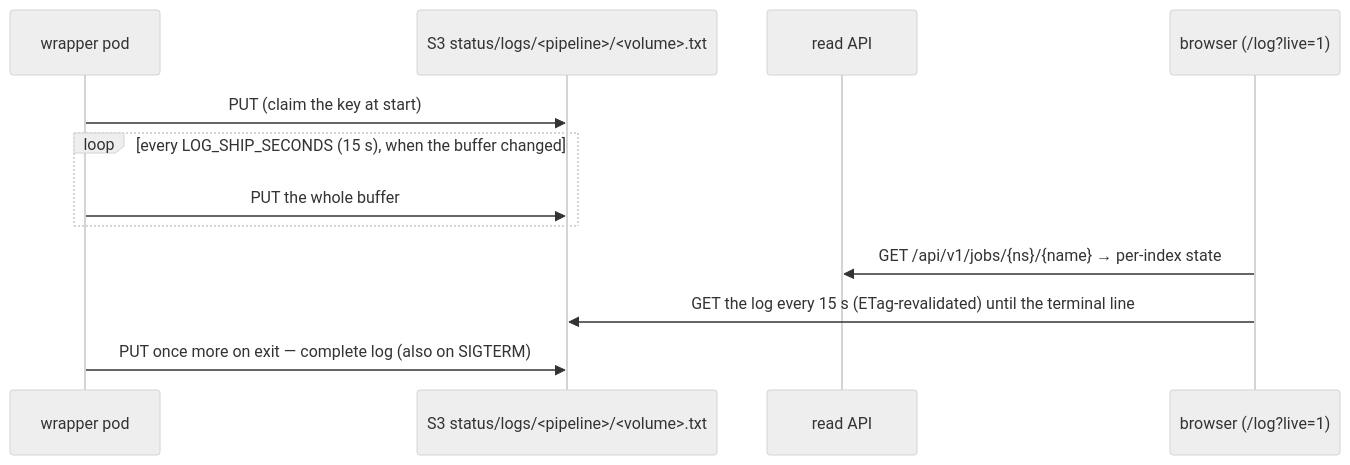
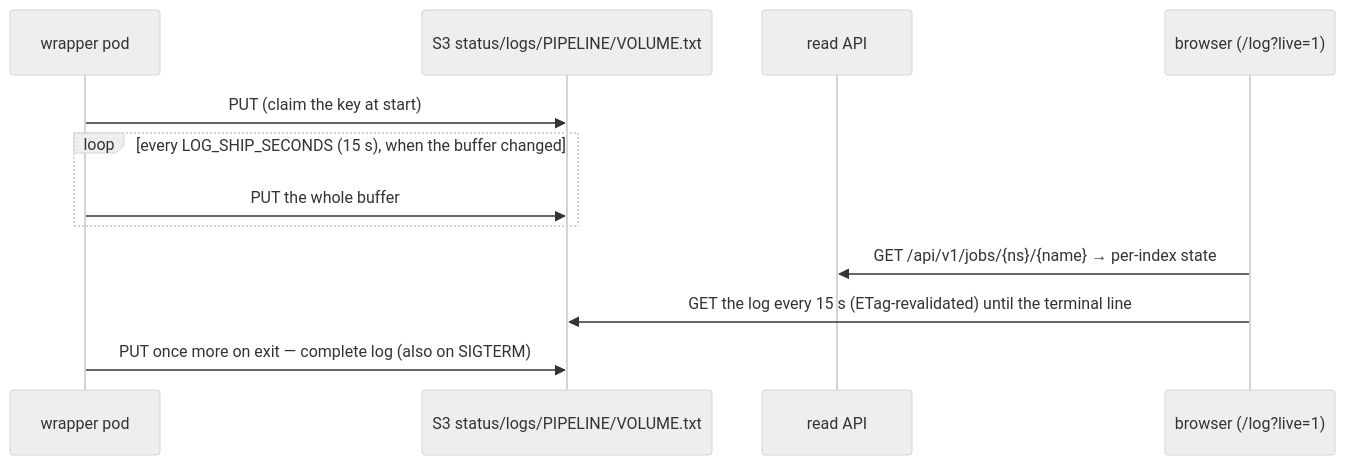
The diagram in docs/how-it-works/live-run-log.md (AI-Riksarkivet/htrflow-batch), drawn with Mermaid (neutral theme) before and after one commit. The commit also changed 1 other file, not shown here.

Commit message:
docs: no angle-bracket tokens inside sequence-diagram text
Mermaid reads them as HTML tags and drops the diagram (the same fault
the lifecycle diagram had).

Claude-Session: https://claude.ai/code/session_01TVoWHUqwS3Egmx623fyT5P

````diff
--- a/docs/how-it-works/live-run-log.md
+++ b/docs/how-it-works/live-run-log.md
@@ -13,15 +13,15 @@
 ```mermaid
 sequenceDiagram
     participant P as wrapper pod
-    participant S3 as S3 status/logs/<pipeline>/<volume>.txt
+    participant S3 as S3 status/logs/PIPELINE/VOLUME.txt
     participant API as read API
     participant B as browser (/log?live=1)
 
     P->>S3: PUT (claim the key at start)
     loop every LOG_SHIP_SECONDS (15 s), when the buffer changed
         P->>S3: PUT the whole buffer
     end
     B->>API: GET /api/v1/jobs/{ns}/{name} → per-index state
     B->>S3: GET the log every 15 s (ETag-revalidated) until the terminal line
     P->>S3: PUT once more on exit — complete log (also on SIGTERM)
 ```
````
